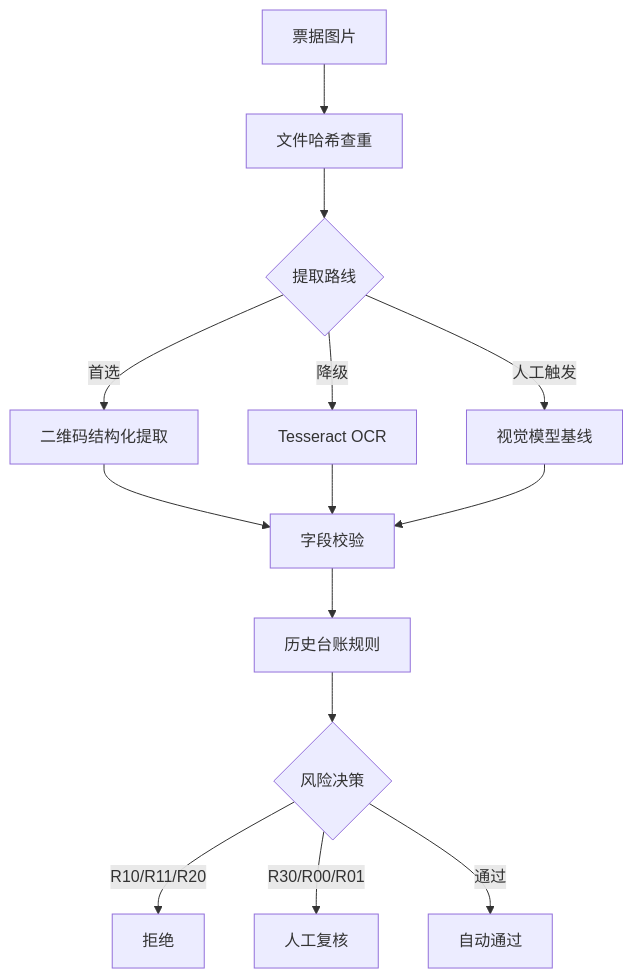
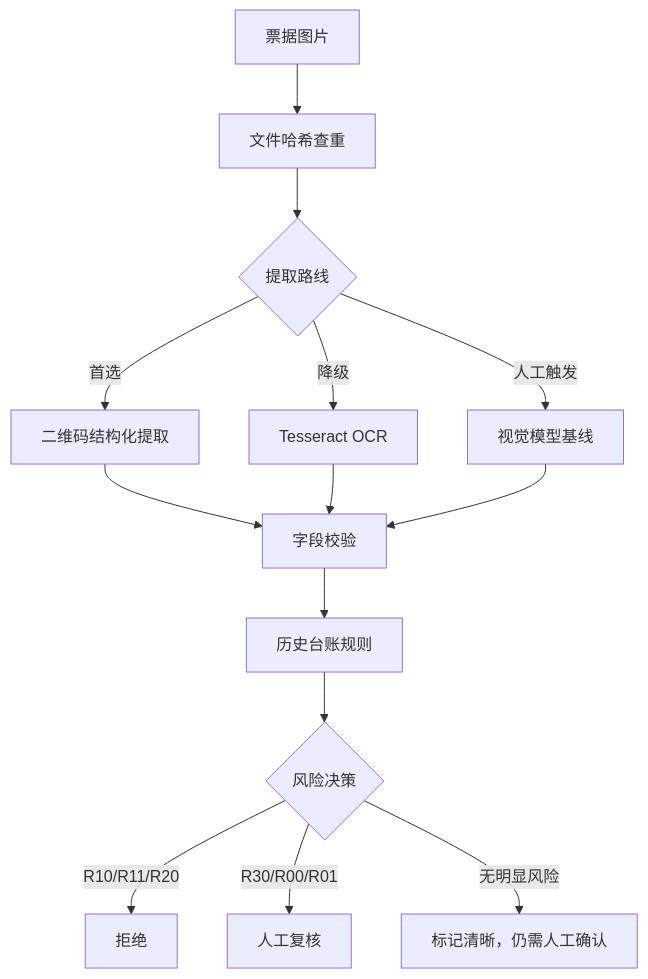
The diagram in README.md (cangyuyi/invoice-risk-review-agent), drawn with Mermaid before and after one commit. The commit also changed other lines of this file, not shown here.

````diff
--- a/README.md
+++ b/README.md
@@ -88,16 +94,16 @@
 ```mermaid
 flowchart TD
     A[票据图片] --> B[文件哈希查重]
     B --> C{提取路线}
     C -->|首选| D[二维码结构化提取]
     C -->|降级| E[Tesseract OCR]
     C -->|人工触发| F[视觉模型基线]
     D --> G[字段校验]
     E --> G
     F --> G
     G --> H[历史台账规则]
     H --> I{风险决策}
     I -->|R10/R11/R20| J[拒绝]
     I -->|R30/R00/R01| K[人工复核]
-    I -->|通过| L[自动通过]
+    I -->|无明显风险| L[标记清晰，仍需人工确认]
 ```
````
